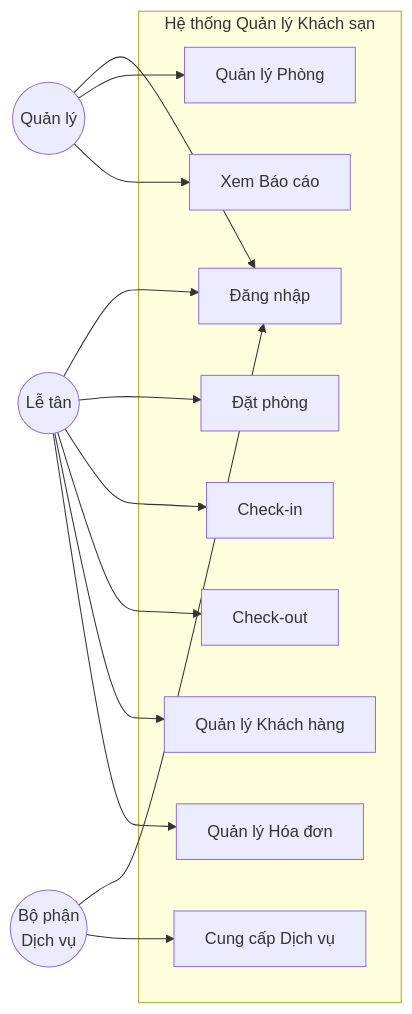
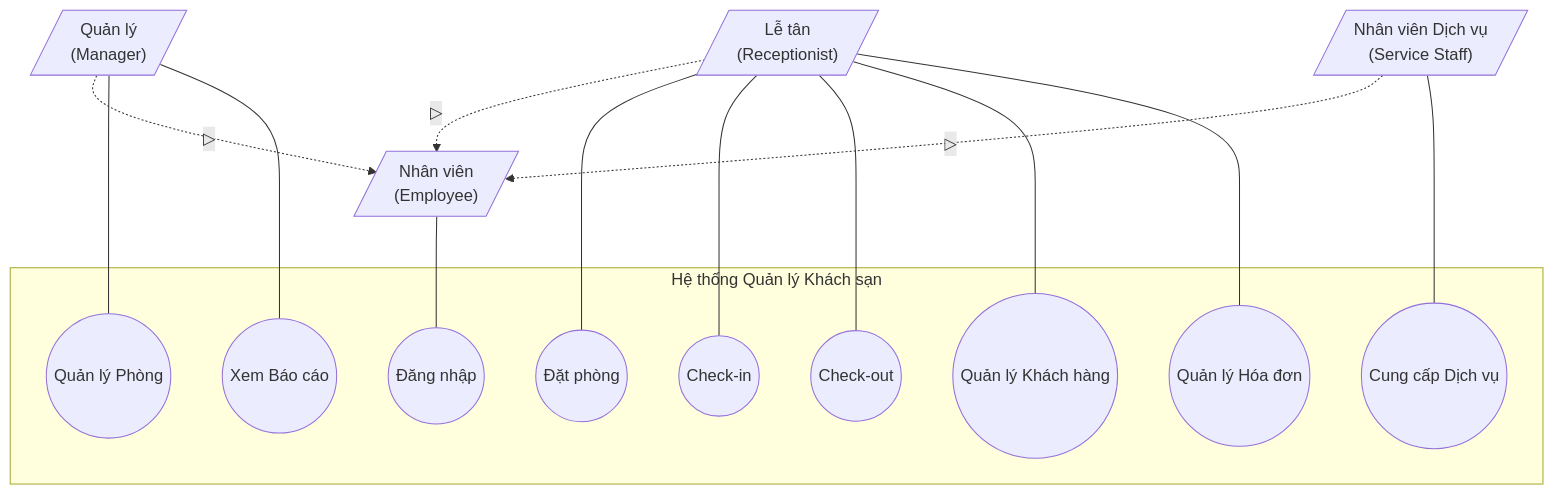
The first of 11 diagrams in docs/BaoCao_HotelManagement.md (IvanLyVodka11/hotel-management), drawn with Mermaid before and after one commit. The commit also changed other lines of this file and 1 other file, not shown here.

Commit message:
Fix Use Case diagrams: add Actor generalization, include relationships, remove flow arrows

````diff
--- a/docs/BaoCao_HotelManagement.md
+++ b/docs/BaoCao_HotelManagement.md
@@ -107,32 +133,44 @@
 ```mermaid
-flowchart LR
+flowchart TB
     subgraph System["Hệ thống Quản lý Khách sạn"]
-        UC1[Đăng nhập]
-        UC2[Quản lý Phòng]
-        UC3[Đặt phòng]
-        UC4[Check-in]
-        UC5[Check-out]
-        UC6[Quản lý Khách hàng]
-        UC7[Quản lý Hóa đơn]
-        UC8[Xem Báo cáo]
-        UC9[Cung cấp Dịch vụ]
+        UC1((Đăng nhập))
+        UC2((Quản lý Phòng))
+        UC3((Đặt phòng))
+        UC4((Check-in))
+        UC5((Check-out))
+        UC6((Quản lý Khách hàng))
+        UC7((Quản lý Hóa đơn))
+        UC8((Xem Báo cáo))
+        UC9((Cung cấp Dịch vụ))
     end
     
-    LT((Lễ tân))
-    QL((Quản lý))
-    DV((Bộ phận<br>Dịch vụ))
+    %% Actor cha
+    NV[/"Nhân viên<br/>(Employee)"/]
     
-    LT --> UC1
-    LT --> UC3
-    LT --> UC4
-    LT --> UC5
-    LT --> UC6
-    LT --> UC7
+    %% Actor con (kế thừa từ Nhân viên)
+    LT[/"Lễ tân<br/>(Receptionist)"/]
+    QL[/"Quản lý<br/>(Manager)"/]
+    NVDV[/"Nhân viên Dịch vụ<br/>(Service Staff)"/]
     
-    QL --> UC1
-    QL --> UC2
-    QL --> UC8
+    %% Generalization (Actor con kế thừa Actor cha)
+    LT -.->|▷| NV
+    QL -.->|▷| NV
+    NVDV -.->|▷| NV
     
-    DV --> UC1
-    DV --> UC9
+    %% Actor cha nối với Use Case chung
+    NV --- UC1
+    
+    %% Actor Lễ tân nối trực tiếp với các Use Case riêng (KHÔNG có flow)
+    LT --- UC3
+    LT --- UC4
+    LT --- UC5
+    LT --- UC6
+    LT --- UC7
+    
+    %% Actor Quản lý nối trực tiếp với các Use Case riêng
+    QL --- UC2
+    QL --- UC8
+    
+    %% Actor Nhân viên Dịch vụ nối trực tiếp với các Use Case riêng
+    NVDV --- UC9
 ```
````
